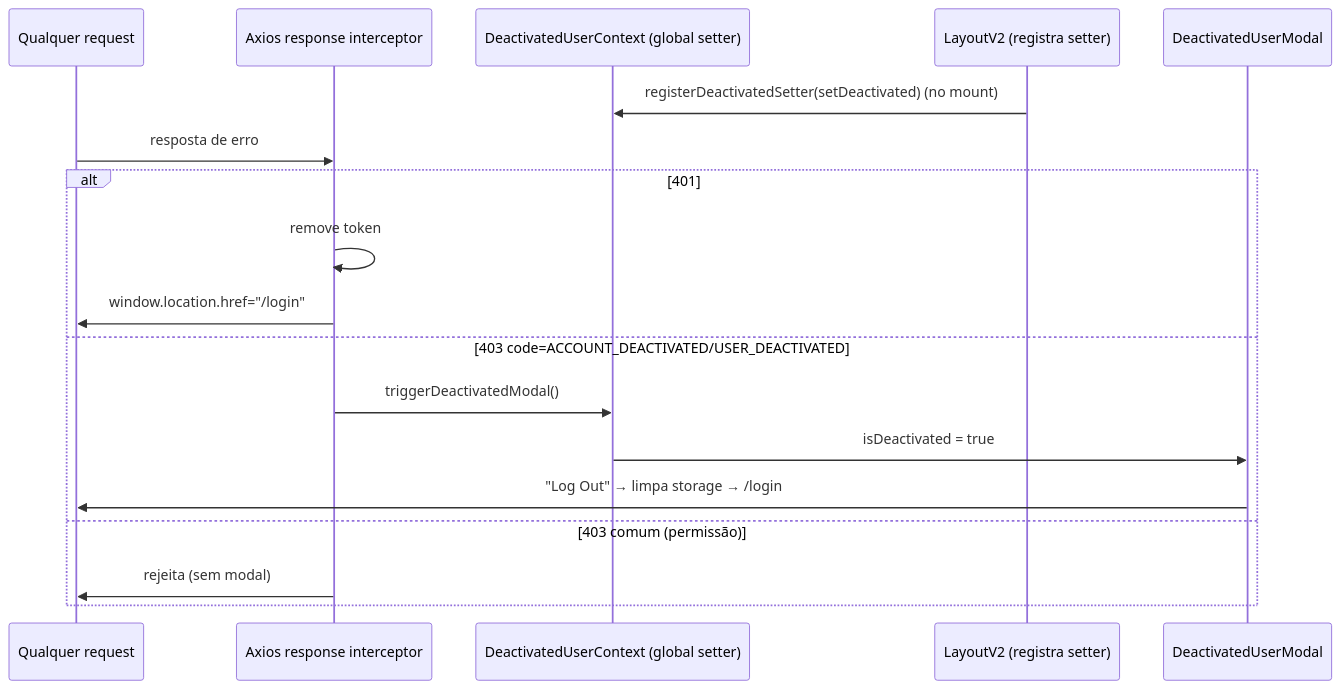
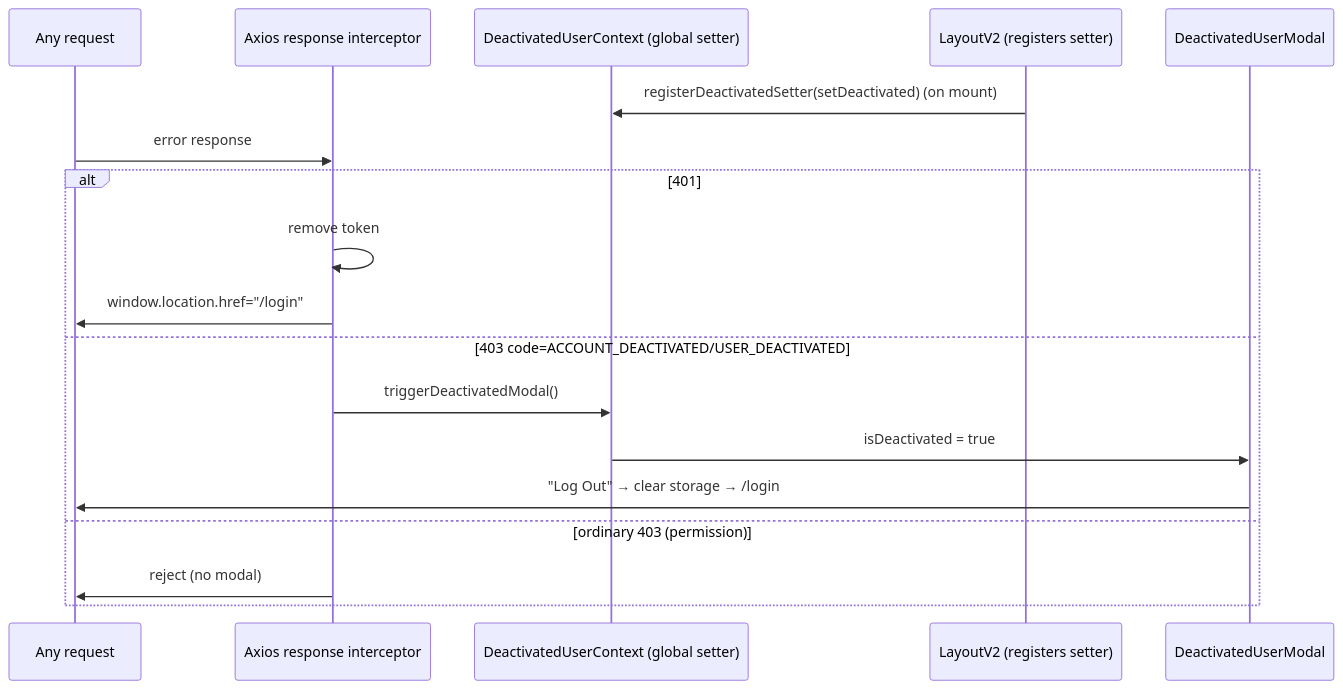
Diagram 14 of 15 in docs/workflows.md (Walky-App/walky-admin), drawn with Mermaid before and after one commit. The commit also changed other lines of this file and 12 other files, not shown here.

````diff
--- a/docs/workflows.md
+++ b/docs/workflows.md
@@ -712,21 +715,21 @@
 ```mermaid
 sequenceDiagram
-    participant Any as Qualquer request
+    participant Any as Any request
     participant I as Axios response interceptor
     participant Ctx as DeactivatedUserContext (global setter)
-    participant Layout as LayoutV2 (registra setter)
+    participant Layout as LayoutV2 (registers setter)
     participant Modal as DeactivatedUserModal
 
-    Layout->>Ctx: registerDeactivatedSetter(setDeactivated)  (no mount)
-    Any->>I: resposta de erro
+    Layout->>Ctx: registerDeactivatedSetter(setDeactivated)  (on mount)
+    Any->>I: error response
     alt 401
         I->>I: remove token
         I->>Any: window.location.href="/login"
     else 403 code=ACCOUNT_DEACTIVATED/USER_DEACTIVATED
         I->>Ctx: triggerDeactivatedModal()
         Ctx->>Modal: isDeactivated = true
-        Modal->>Any: "Log Out" → limpa storage → /login
-    else 403 comum (permissão)
-        I->>Any: rejeita (sem modal)
+        Modal->>Any: "Log Out" → clear storage → /login
+    else ordinary 403 (permission)
+        I->>Any: reject (no modal)
     end
 ```
````
